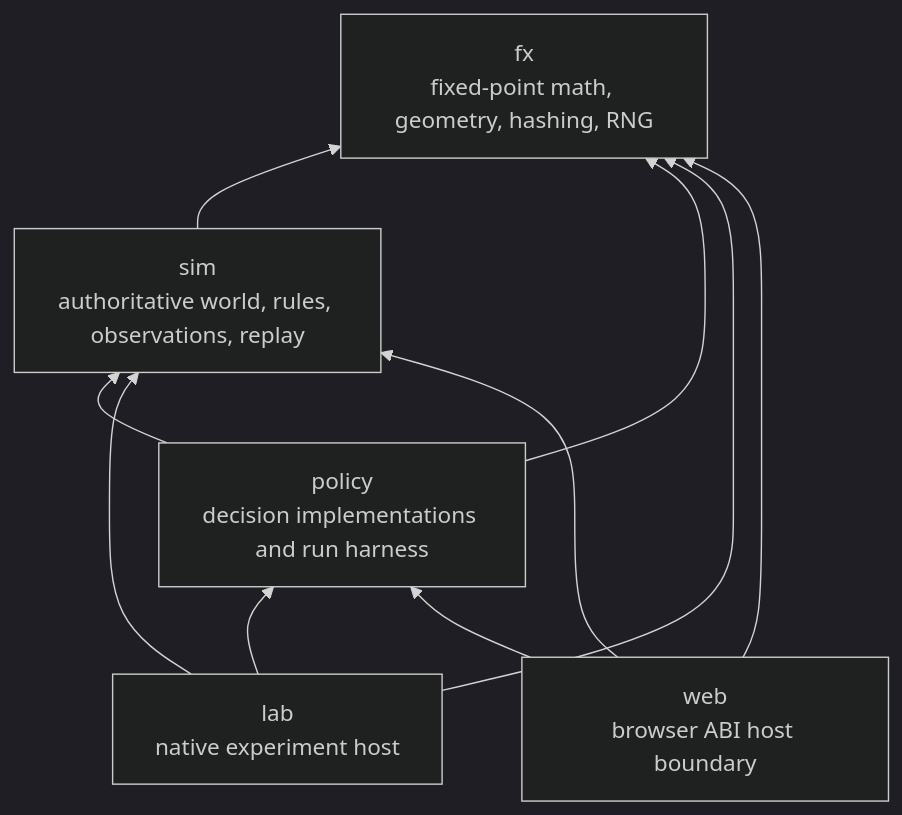
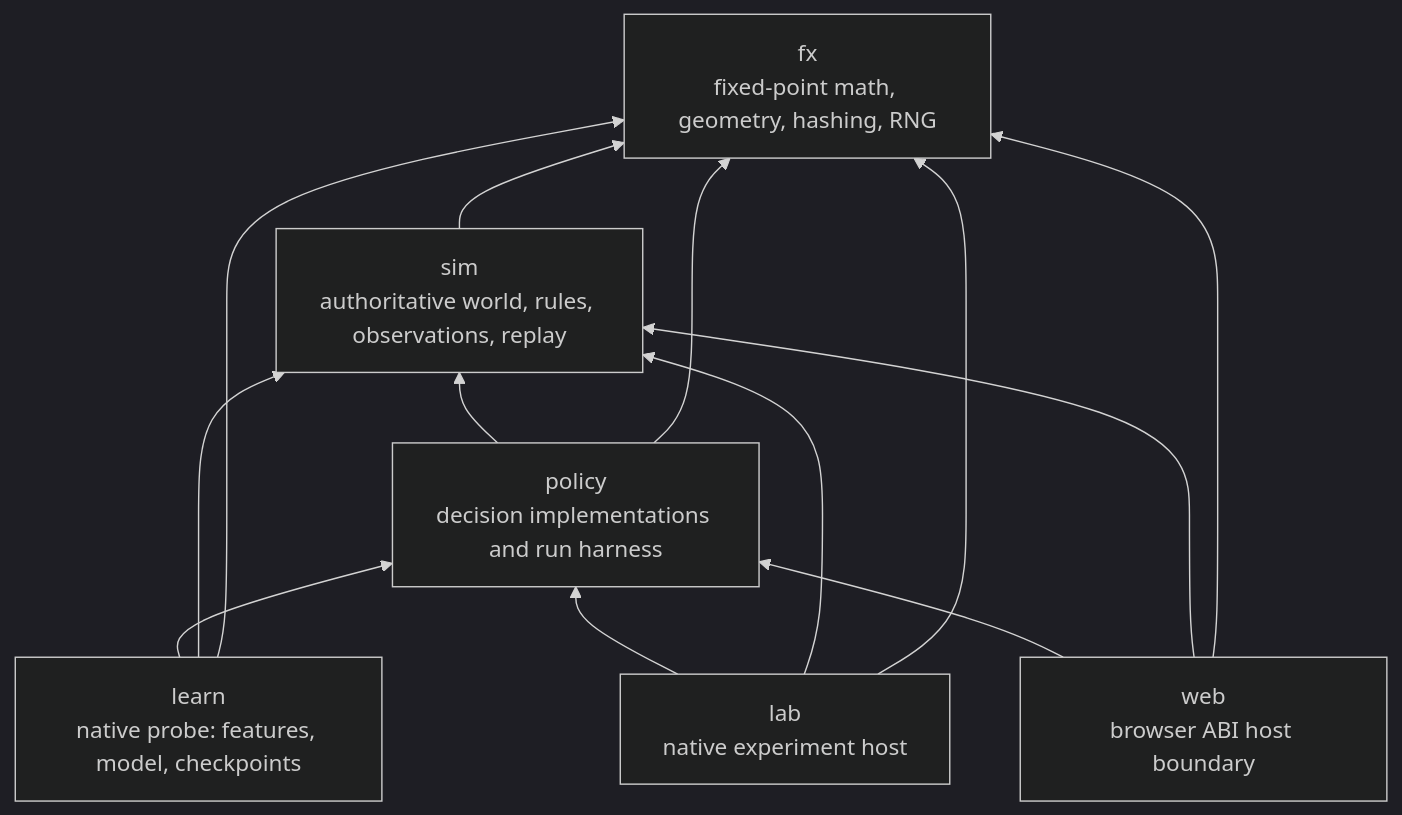
Before and after one commit to alexoooo/auto-rpg: the diagram in docs/architecture/overview.md, drawn with Mermaid (dark theme). The commit also changed other lines of this file and 15 other files, not shown here.

````diff
--- a/docs/architecture/overview.md
+++ b/docs/architecture/overview.md
@@ -13,13 +13,16 @@
 ```mermaid
 flowchart BT
     fx["fx<br/>fixed-point math, geometry, hashing, RNG"]
     sim["sim<br/>authoritative world, rules, observations, replay"] --> fx
     policy["policy<br/>decision implementations and run harness"] --> sim
     policy --> fx
+    learn["learn<br/>native probe: features, model, checkpoints"] --> policy
+    learn --> sim
+    learn --> fx
     lab["lab<br/>native experiment host"] --> policy
     lab --> sim
     lab --> fx
     web["web<br/>browser ABI host boundary"] --> policy
     web --> sim
     web --> fx
 ```
````
